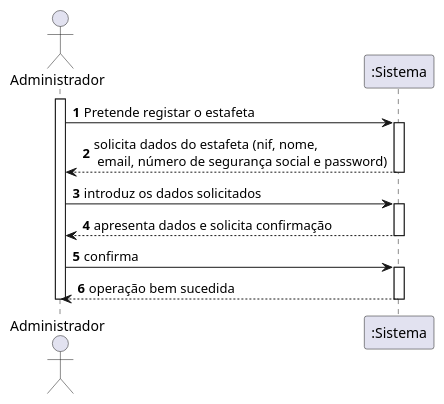
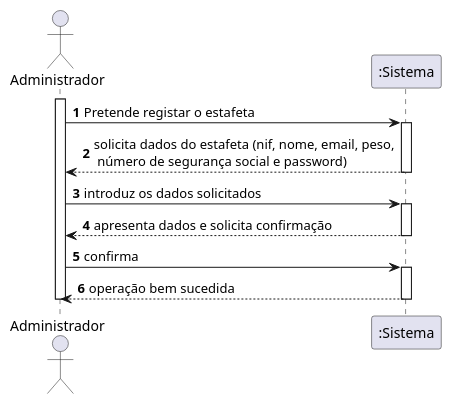
The diagram in docs/UC21/UC21_RegistarEstafetaSSD.puml (pedrolemos4/LAPR3), drawn with PlantUML before and after one commit. The commit also changed 7 other files, not shown here.

```diff
--- a/docs/UC21/UC21_RegistarEstafetaSSD.puml
+++ b/docs/UC21/UC21_RegistarEstafetaSSD.puml
@@ -1,23 +1,22 @@
 @startuml
 autonumber
 actor "Administrador" as ADM
 
 activate ADM
 ADM -> ":Sistema" : Pretende registar o estafeta
 activate ":Sistema"
-":Sistema" --> ADM : solicita dados do estafeta (nif, nome,\n email, número de segurança social e password)
+":Sistema" --> ADM : solicita dados do estafeta (nif, nome, email, peso,\n número de segurança social e password)
 deactivate ":Sistema"
-
 
 ADM -> ":Sistema" : introduz os dados solicitados
 activate ":Sistema"
 ":Sistema" --> ADM : apresenta dados e solicita confirmação
 deactivate ":Sistema"
 
 ADM -> ":Sistema" : confirma
 activate ":Sistema"
 ":Sistema" --> ADM : operação bem sucedida
 deactivate ":Sistema"
 
 deactivate ADM
 @enduml
```
